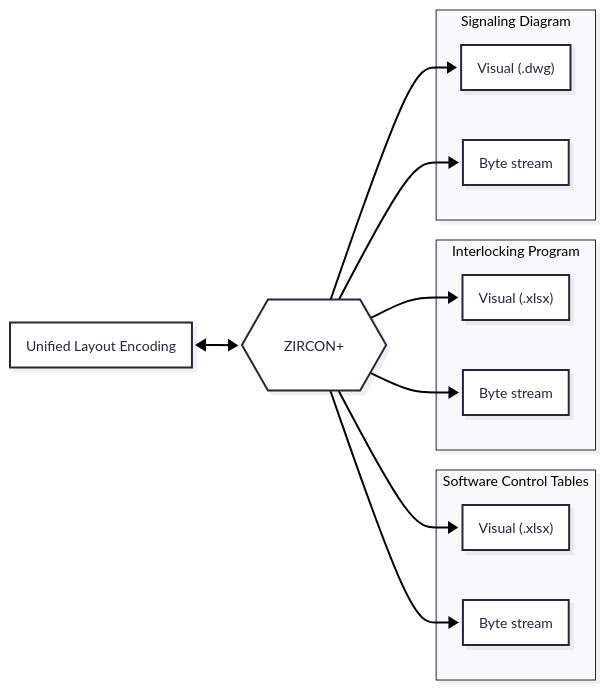
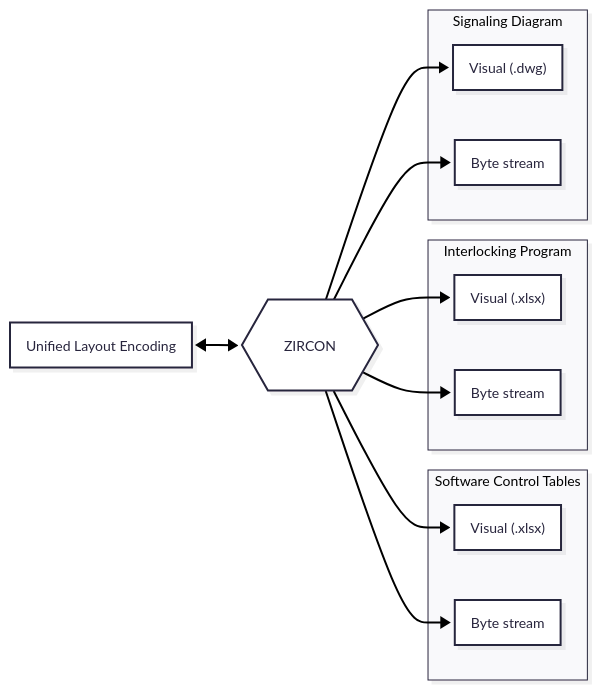
Before and after one commit to 7diogo-luis/ZIRCON: the second of 2 diagrams in README.md, drawn with Mermaid. The commit also changed other lines of this file, not shown here.

````diff
--- a/README.md
+++ b/README.md
@@ -204,28 +209,28 @@
 ```mermaid
 ---
 config:
   look: neo
   theme: redux
 ---
 flowchart LR
  subgraph s2["Software Control Tables"]
         n12["Visual (.xlsx)"]
         n13@{ label: "<span style=\"color:\">Byte stream</span>" }
   end
  subgraph s3["Interlocking Program"]
         n14["Visual (.xlsx)"]
         n15@{ label: "<span style=\"color:\">Byte stream</span>" }
   end
  subgraph s4["Signaling Diagram"]
         n16["Visual (.dwg)"]
         n17@{ label: "<span style=\"color:\">Byte stream</span>" }
   end
-    n1["ZIRCON+"] --> n12 & n13 & n15 & n14 & n16 & n17
+    n1["ZIRCON"] --> n12 & n13 & n15 & n14 & n16 & n17
     n11["Unified Layout Encoding"] <--> n1
     n13@{ shape: rect}
     n15@{ shape: rect}
     n16@{ shape: rect}
     n17@{ shape: rect}
     n1@{ shape: hex}
 
 ```
````
